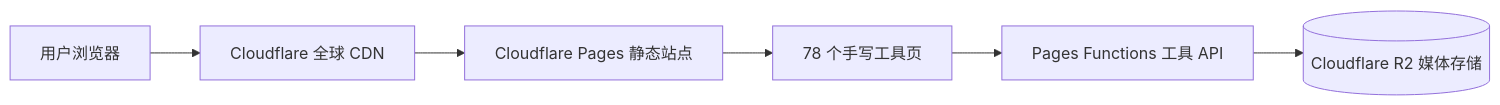
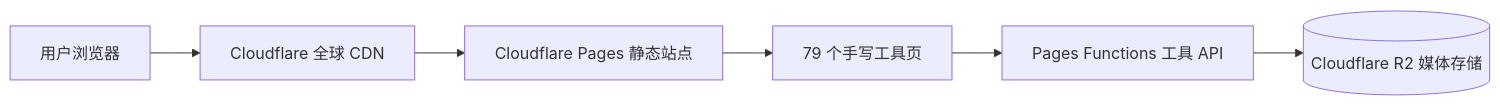
The diagram in README.md (YupenBob/clover-tools), drawn with Mermaid before and after one commit. The commit also changed other lines of this file and 31 other files, not shown here.

````diff
--- a/README.md
+++ b/README.md
@@ -59,8 +59,8 @@
 ```mermaid
 flowchart LR
   U[用户浏览器] --> CF[Cloudflare 全球 CDN]
   CF --> P[Cloudflare Pages 静态站点]
-  P --> T[78 个手写工具页]
+  P --> T[79 个手写工具页]
   T --> F[Pages Functions 工具 API]
   F --> R2[(Cloudflare R2 媒体存储)]
 ```
````
